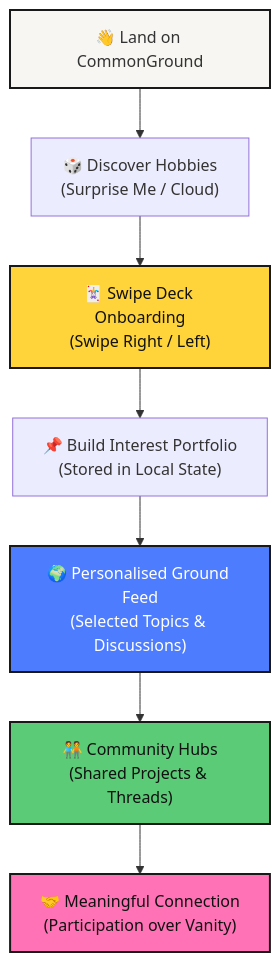
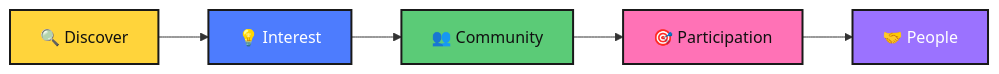
Before and after one commit to KhushiBagga20/Common-Ground: the first of 4 diagrams in README.md, drawn with Mermaid. The commit also changed other lines of this file and 3 other files, not shown here.

````diff
--- a/README.md
+++ b/README.md
@@ -11,15 +27,13 @@
 ```mermaid
-flowchart TD
-    A["👋 Land on CommonGround"] --> B["🎲 Discover Hobbies\n(Surprise Me / Cloud)"]
-    B --> C["🃏 Swipe Deck Onboarding\n(Swipe Right / Left)"]
-    C --> D["📌 Build Interest Portfolio\n(Stored in Local State)"]
-    D --> E["🌍 Personalised Ground Feed\n(Selected Topics & Discussions)"]
-    E --> F["🧑‍🤝‍🧑 Community Hubs\n(Shared Projects & Threads)"]
-    F --> G["🤝 Meaningful Connection\n(Participation over Vanity)"]
+flowchart LR
+    A["🔍 Discover"] --> B["💡 Interest"]
+    B --> C["👥 Community"]
+    C --> D["🎯 Participation"]
+    D --> E["🤝 People"]
 
-    style A fill:#F7F6F2,stroke:#191919,stroke-width:2px
-    style C fill:#FFD43B,stroke:#191919,stroke-width:2px,color:#111
-    style E fill:#4D7CFE,stroke:#191919,stroke-width:2px,color:#fff
-    style F fill:#5BCB77,stroke:#191919,stroke-width:2px,color:#111
-    style G fill:#FF72B6,stroke:#191919,stroke-width:2px,color:#111
+    style A fill:#FFD43B,stroke:#191919,stroke-width:2px,color:#111
+    style B fill:#4D7CFE,stroke:#191919,stroke-width:2px,color:#fff
+    style C fill:#5BCB77,stroke:#191919,stroke-width:2px,color:#111
+    style D fill:#FF72B6,stroke:#191919,stroke-width:2px,color:#111
+    style E fill:#9B72FF,stroke:#191919,stroke-width:2px,color:#fff
 ```
````
